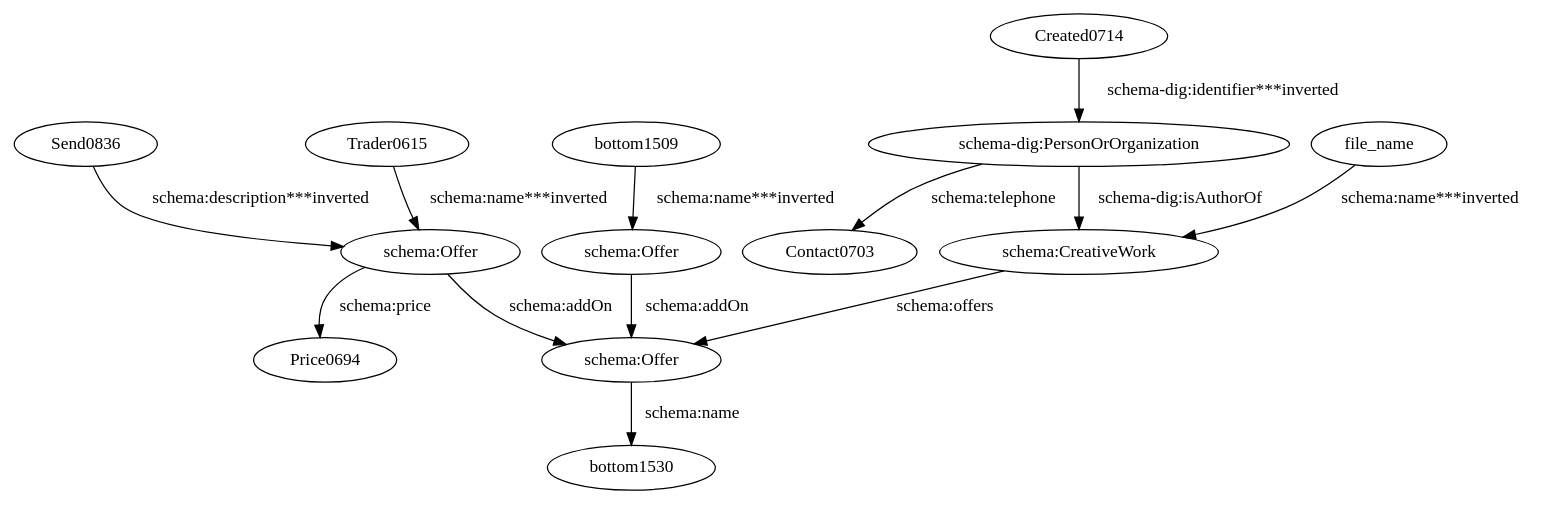
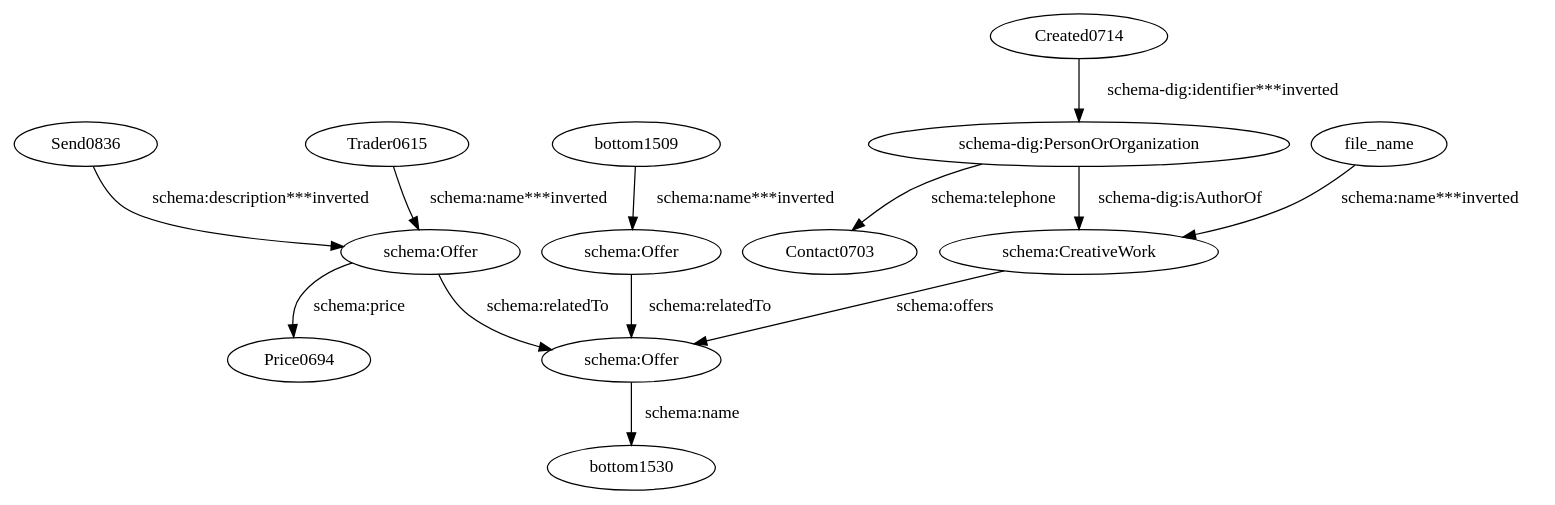
The diagram in evaluation/taheriyan2016/task_04/semantic_models_steiner/dot/elpasoguntrader.dot (giuseppefutia/semi), drawn with Graphviz before and after one commit. The commit also changed 49 other files, not shown here.

```diff
--- a/evaluation/taheriyan2016/task_04/semantic_models_steiner/dot/elpasoguntrader.dot
+++ b/evaluation/taheriyan2016/task_04/semantic_models_steiner/dot/elpasoguntrader.dot
@@ -1,27 +1,27 @@
 digraph {
   Created0714 [type=attribute_name,label=Created0714]
   "schema-dig:PersonOrOrganization1" [type=class_uri,label="schema-dig:PersonOrOrganization"]
   Send0836 [type=attribute_name,label=Send0836]
   "schema:Offer1" [type=class_uri,label="schema:Offer"]
   Trader0615 [type=attribute_name,label=Trader0615]
   bottom1509 [type=attribute_name,label=bottom1509]
   "schema:Offer2" [type=class_uri,label="schema:Offer"]
   file_name [type=attribute_name,label=file_name]
   "schema:CreativeWork1" [type=class_uri,label="schema:CreativeWork"]
   Contact0703 [type=attribute_name,label=Contact0703]
   "schema:Offer3" [type=class_uri,label="schema:Offer"]
   Price0694 [type=attribute_name,label=Price0694]
   bottom1530 [type=attribute_name,label=bottom1530]
   Created0714 -> "schema-dig:PersonOrOrganization1" [type=st_property_uri,label="schema-dig:identifier***inverted",weight=1]
   Send0836 -> "schema:Offer1" [type=st_property_uri,label="schema:description***inverted",weight=1]
   Trader0615 -> "schema:Offer1" [type=st_property_uri,label="schema:name***inverted",weight=1]
   bottom1509 -> "schema:Offer2" [type=st_property_uri,label="schema:name***inverted",weight=1]
   file_name -> "schema:CreativeWork1" [type=st_property_uri,label="schema:name***inverted",weight=1]
   "schema-dig:PersonOrOrganization1" -> Contact0703 [label="schema:telephone",type=st_property_uri]
   "schema-dig:PersonOrOrganization1" -> "schema:CreativeWork1" [label="schema-dig:isAuthorOf",type=direct_property_uri,weight=100]
   "schema:CreativeWork1" -> "schema:Offer3" [label="schema:offers",type=direct_property_uri,weight=100]
   "schema:Offer1" -> Price0694 [label="schema:price",type=st_property_uri]
-  "schema:Offer1" -> "schema:Offer3" [label="schema:addOn",type=direct_property_uri,weight=100]
-  "schema:Offer2" -> "schema:Offer3" [label="schema:addOn",type=direct_property_uri,weight=100]
+  "schema:Offer1" -> "schema:Offer3" [label="schema:relatedTo",type=direct_property_uri,weight=100]
+  "schema:Offer2" -> "schema:Offer3" [label="schema:relatedTo",type=direct_property_uri,weight=100]
   "schema:Offer3" -> bottom1530 [label="schema:name",type=st_property_uri]
 }
```
